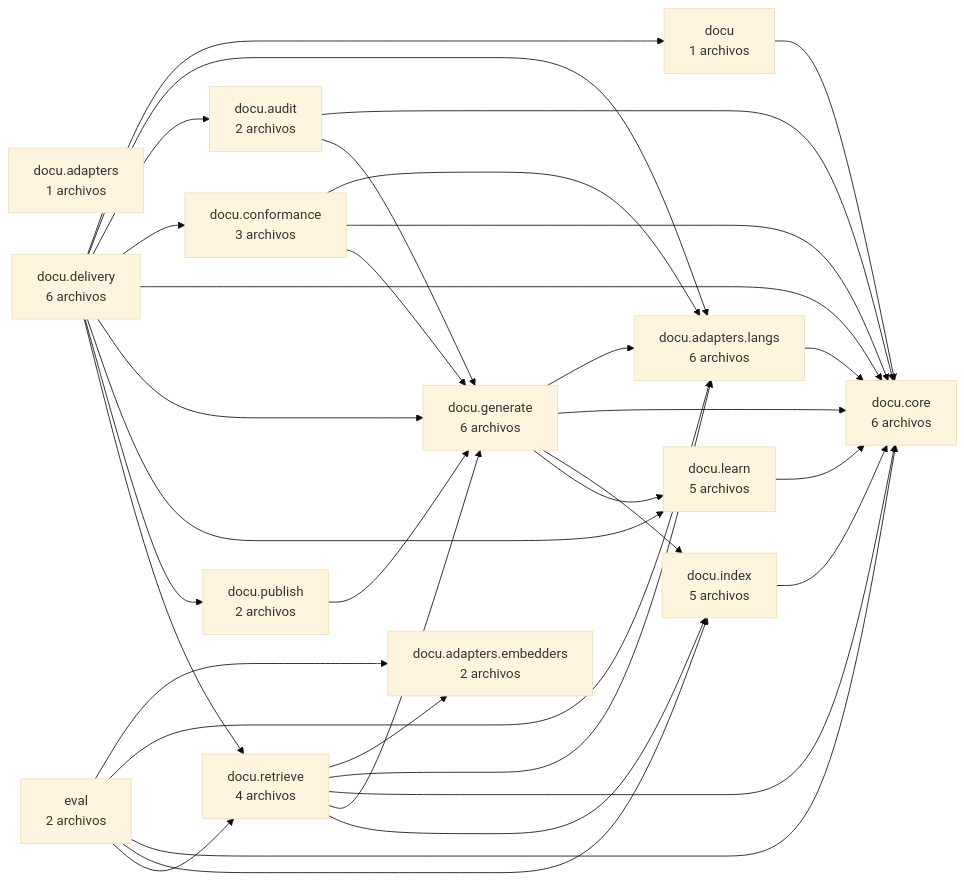
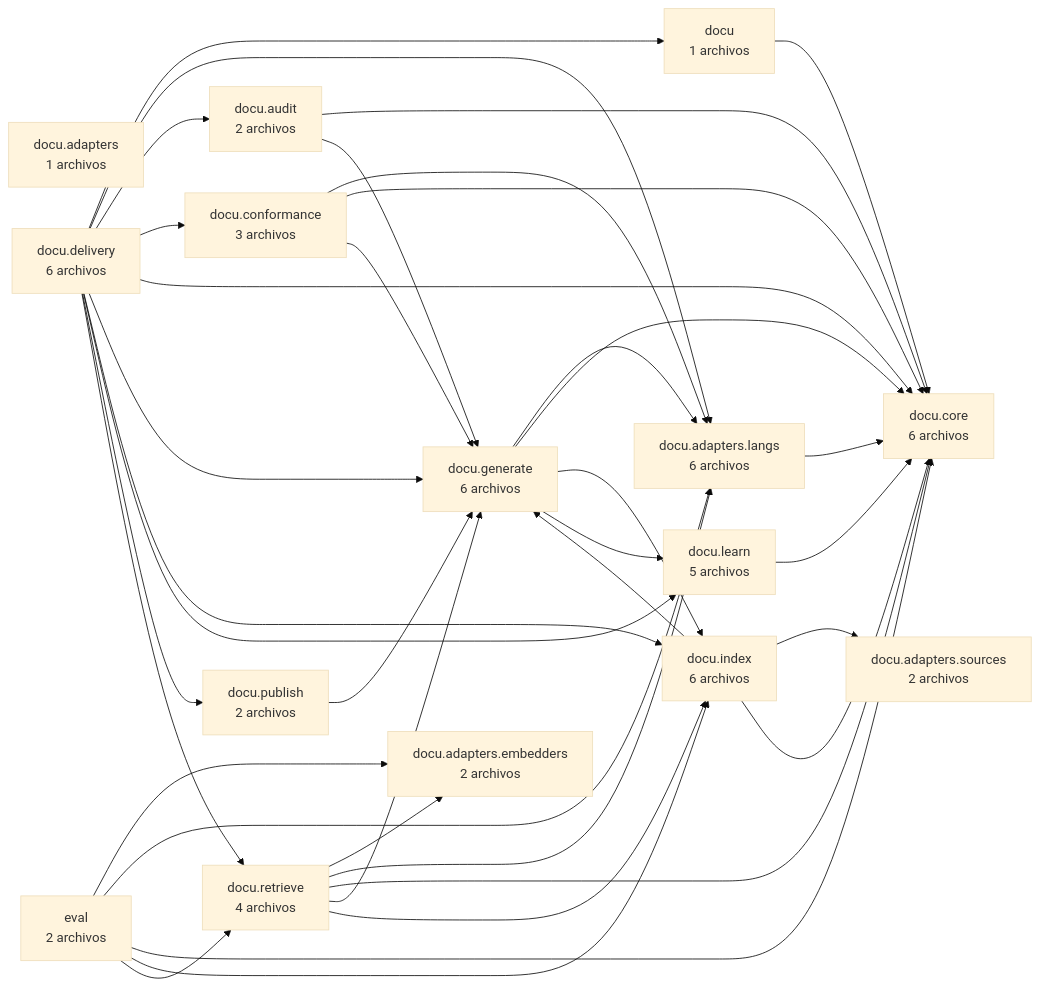
The first of 5 diagrams in docs/generated/l1-manual-tecnico.md (CharlyZeta/Docu), drawn with Mermaid (base theme) before and after one commit. The commit also changed other lines of this file and 16 other files, not shown here.

````diff
--- a/docs/generated/l1-manual-tecnico.md
+++ b/docs/generated/l1-manual-tecnico.md
@@ -38,50 +39,54 @@
 ```mermaid
 flowchart LR
     docu["docu<br/>1 archivos"]
     docu_adapters["docu.adapters<br/>1 archivos"]
     docu_adapters_embedders["docu.adapters.embedders<br/>2 archivos"]
     docu_adapters_langs["docu.adapters.langs<br/>6 archivos"]
+    docu_adapters_sources["docu.adapters.sources<br/>2 archivos"]
     docu_audit["docu.audit<br/>2 archivos"]
     docu_conformance["docu.conformance<br/>3 archivos"]
     docu_core["docu.core<br/>6 archivos"]
     docu_delivery["docu.delivery<br/>6 archivos"]
     docu_generate["docu.generate<br/>6 archivos"]
-    docu_index["docu.index<br/>5 archivos"]
+    docu_index["docu.index<br/>6 archivos"]
     docu_learn["docu.learn<br/>5 archivos"]
     docu_publish["docu.publish<br/>2 archivos"]
     docu_retrieve["docu.retrieve<br/>4 archivos"]
     eval["eval<br/>2 archivos"]
     docu --> docu_core
     docu_adapters_langs --> docu_core
     docu_audit --> docu_core
     docu_audit --> docu_generate
     docu_conformance --> docu_adapters_langs
     docu_conformance --> docu_core
     docu_conformance --> docu_generate
     docu_delivery --> docu
     docu_delivery --> docu_adapters_langs
     docu_delivery --> docu_audit
     docu_delivery --> docu_conformance
     docu_delivery --> docu_core
     docu_delivery --> docu_generate
+    docu_delivery --> docu_index
     docu_delivery --> docu_learn
     docu_delivery --> docu_publish
     docu_delivery --> docu_retrieve
     docu_generate --> docu_adapters_langs
     docu_generate --> docu_core
     docu_generate --> docu_index
     docu_generate --> docu_learn
+    docu_index --> docu_adapters_sources
     docu_index --> docu_core
+    docu_index --> docu_generate
     docu_learn --> docu_core
     docu_publish --> docu_generate
     docu_retrieve --> docu_adapters_embedders
     docu_retrieve --> docu_adapters_langs
     docu_retrieve --> docu_core
     docu_retrieve --> docu_generate
     docu_retrieve --> docu_index
     eval --> docu_adapters_embedders
     eval --> docu_adapters_langs
     eval --> docu_core
     eval --> docu_index
     eval --> docu_retrieve
 ```
````
